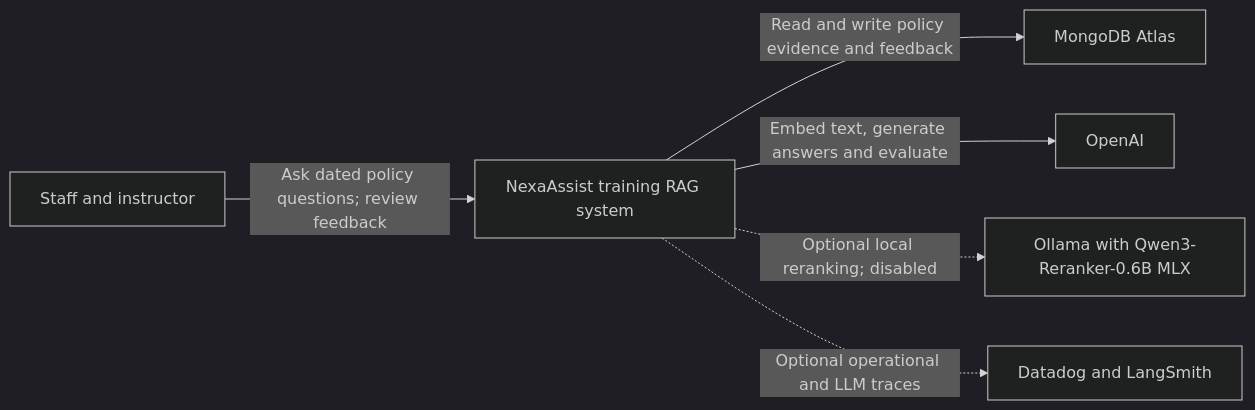
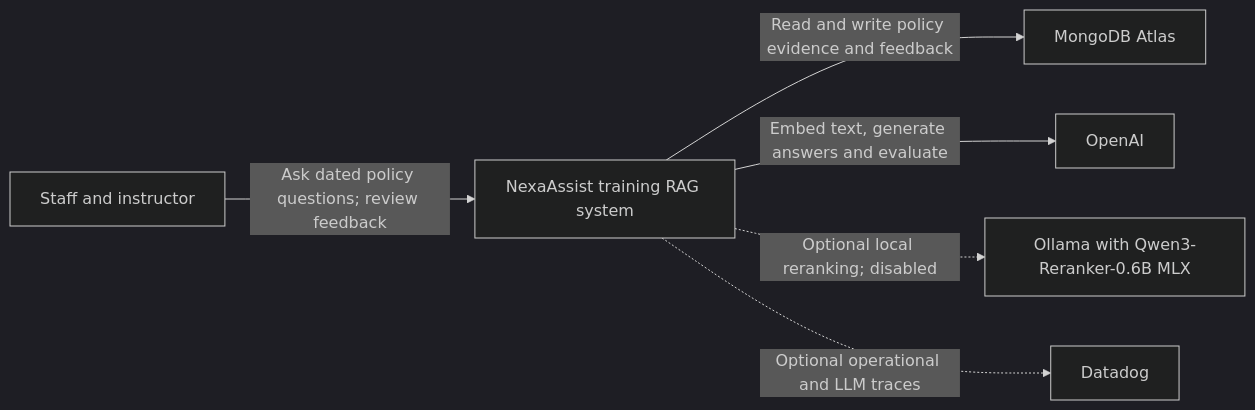
Before and after one commit to bharathk5678/NexaAssist: the third of 5 diagrams in APP_COMPONENT_GUIDE.md, drawn with Mermaid (dark theme). The commit also changed other lines of this file and 124 other files, not shown here.

````diff
--- a/APP_COMPONENT_GUIDE.md
+++ b/APP_COMPONENT_GUIDE.md
@@ -520,8 +694,8 @@
 ```mermaid
 flowchart LR
     staff["Staff and instructor"] -->|"Ask dated policy questions; review feedback"| system["NexaAssist training RAG system"]
     system -->|"Read and write policy evidence and feedback"| atlas["MongoDB Atlas"]
     system -->|"Embed text, generate answers and evaluate"| openai["OpenAI"]
     system -.->|"Optional local reranking; disabled"| ollama["Ollama with Qwen3-Reranker-0.6B MLX"]
-    system -.->|"Optional operational and LLM traces"| telemetry["Datadog and LangSmith"]
+    system -.->|"Optional operational and LLM traces"| telemetry["Datadog"]
 ```
````
